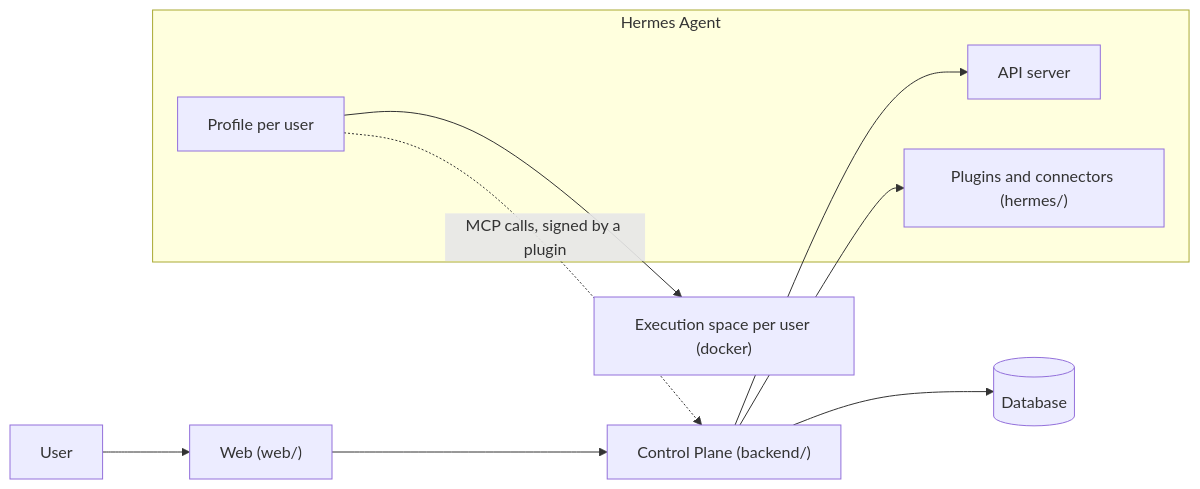
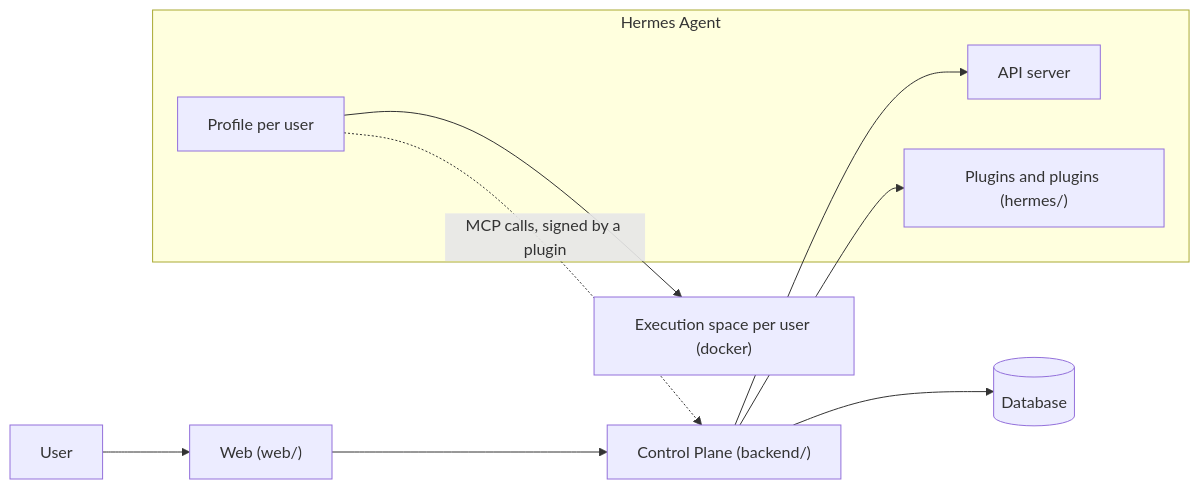
Before and after one commit to jon890/fos-assistant: the diagram in README.md, drawn with Mermaid. The commit also changed other lines of this file and 8 other files, not shown here.

````diff
--- a/README.md
+++ b/README.md
@@ -170,15 +170,15 @@
 ```mermaid
 flowchart LR
     U[User] --> W["Web (web/)"]
     W --> C["Control Plane (backend/)"]
     C --> DB[(Database)]
     C --> A
     C --> G
     subgraph H[Hermes Agent]
         A[API server]
         P[Profile per user]
-        G["Plugins and connectors (hermes/)"]
+        G["Plugins and plugins (hermes/)"]
     end
     P -. "MCP calls, signed by a plugin" .-> C
     P --> S["Execution space per user (docker)"]
 ```
````
